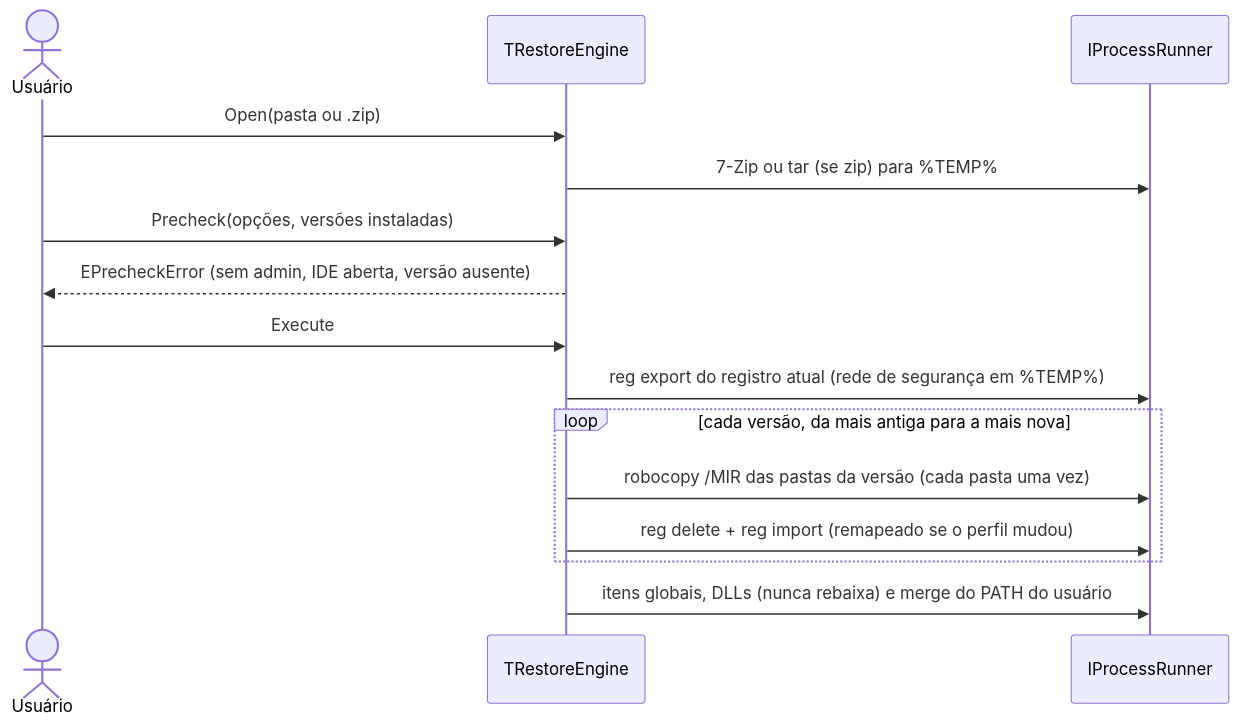
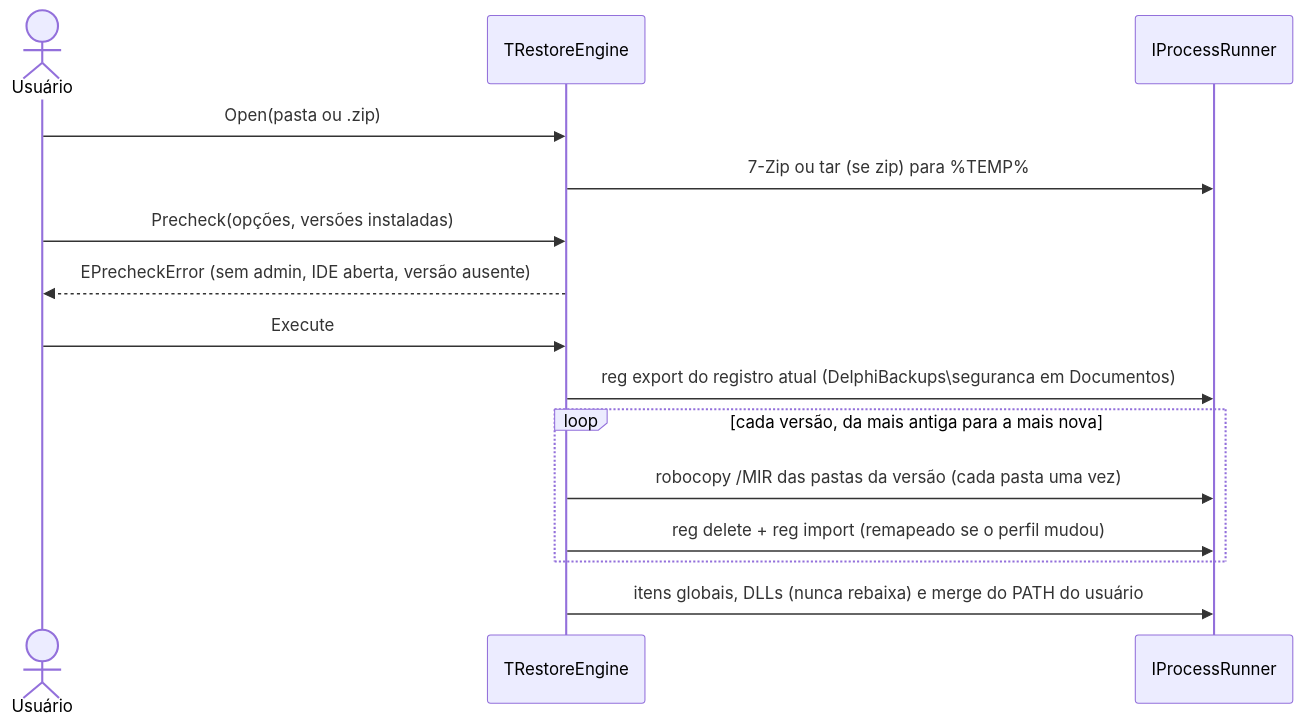
The second of 3 diagrams in docs/ARCHITECTURE.md (evaldoavelar/delphi-backup-restore), drawn with Mermaid before and after one commit. The commit also changed other lines of this file and 11 other files, not shown here.

````diff
--- a/docs/ARCHITECTURE.md
+++ b/docs/ARCHITECTURE.md
@@ -35,17 +35,17 @@
 ```mermaid
 sequenceDiagram
     actor U as Usuário
     participant R as TRestoreEngine
     participant P as IProcessRunner
     U->>R: Open(pasta ou .zip)
     R->>P: 7-Zip ou tar (se zip) para %TEMP%
     U->>R: Precheck(opções, versões instaladas)
     R-->>U: EPrecheckError (sem admin, IDE aberta, versão ausente)
     U->>R: Execute
-    R->>P: reg export do registro atual (rede de segurança em %TEMP%)
+    R->>P: reg export do registro atual (DelphiBackups\seguranca em Documentos)
     loop cada versão, da mais antiga para a mais nova
         R->>P: robocopy /MIR das pastas da versão (cada pasta uma vez)
         R->>P: reg delete + reg import (remapeado se o perfil mudou)
     end
     R->>P: itens globais, DLLs (nunca rebaixa) e merge do PATH do usuário
 ```
````
